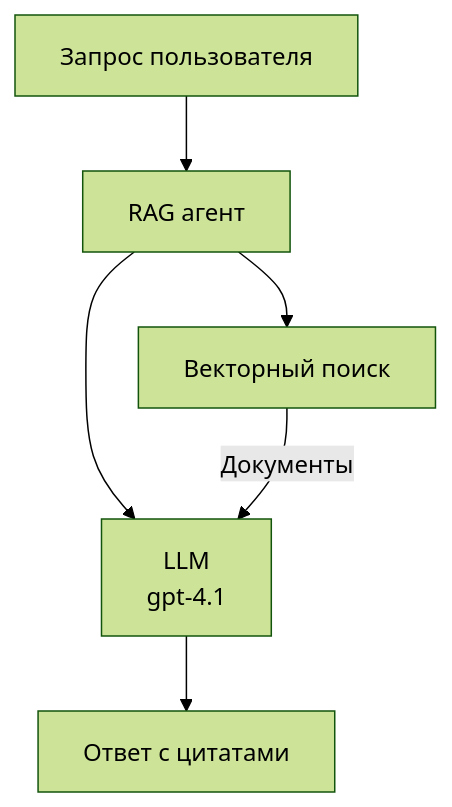
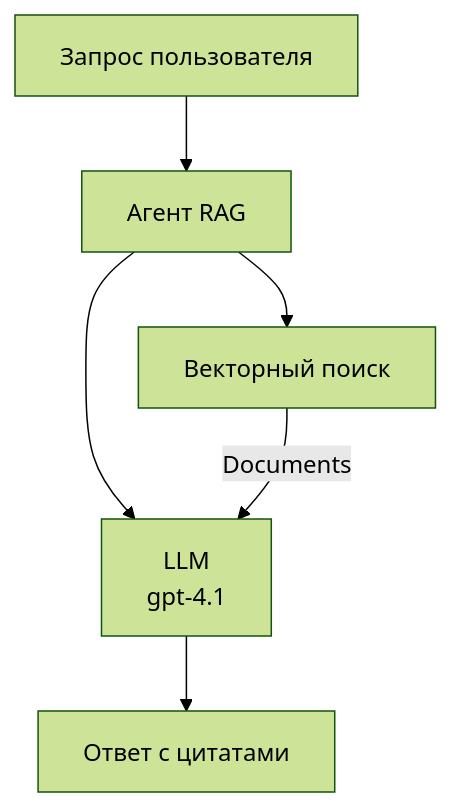
Before and after one commit to microsoft/AZD-for-beginners: the second of 3 diagrams in translations/ru/docs/chapter-02-ai-development/agents.md, drawn with Mermaid (forest theme). The commit also changed other lines of this file and 59 other files, not shown here.

````diff
--- a/translations/ru/docs/chapter-02-ai-development/agents.md
+++ b/translations/ru/docs/chapter-02-ai-development/agents.md
@@ -181,8 +181,8 @@
 ```mermaid
 graph TD
-    Query[Запрос пользователя] --> RAG[RAG агент]
+    Query[Запрос пользователя] --> RAG[Агент RAG]
     RAG --> Vector[Векторный поиск]
     RAG --> LLM[LLM<br/>gpt-4.1]
-    Vector -- Документы --> LLM
+    Vector -- Documents --> LLM
     LLM --> Response[Ответ с цитатами]
 ```
````
